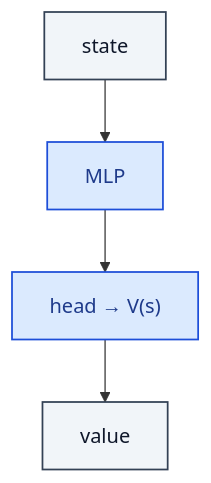
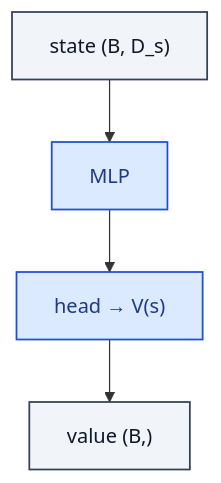
The diagram in rl/ValueNetwork.md (RealityShifts/Srivastava-book-of-Blocks-diagrams), drawn with Mermaid before and after one commit. The commit also changed 123 other files, not shown here.

````diff
--- a/rl/ValueNetwork.md
+++ b/rl/ValueNetwork.md
@@ -7,19 +7,20 @@
 ```mermaid
 flowchart TD
-    n0_0["state"]:::io
+    n0_0["state  (B, D_s)"]:::io
     n1_0["MLP"]:::op
     n2_0["head → V(s)"]:::op
-    n3_0["value"]:::io
+    n3_0["value  (B,)"]:::io
     n0_0 --> n1_0
     n1_0 --> n2_0
     n2_0 --> n3_0
     classDef io fill:#f1f5f9,stroke:#334155,stroke-width:1.4px,color:#0f172a
     classDef op fill:#dbeafe,stroke:#1d4ed8,stroke-width:1.4px,color:#1e3a8a
     classDef norm fill:#dcfce7,stroke:#15803d,stroke-width:1.4px,color:#14532d
     classDef act fill:#ffedd5,stroke:#c2410c,stroke-width:1.4px,color:#7c2d12
     classDef attn fill:#ede9fe,stroke:#6d28d9,stroke-width:1.4px,color:#4c1d95
     classDef merge fill:#fef3c7,stroke:#b45309,stroke-width:1.4px,color:#78350f
     classDef emb fill:#fef9c3,stroke:#a16207,stroke-width:1.4px,color:#713f12
     classDef loss fill:#fee2e2,stroke:#b91c1c,stroke-width:1.4px,color:#7f1d1d
     classDef ctrl fill:#f5f5f4,stroke:#52525b,stroke-width:1.4px,color:#27272a
+    classDef ref fill:#e0f2fe,stroke:#0369a1,stroke-width:2px,color:#0c4a6e,stroke-dasharray: 4 2
 ```
````
